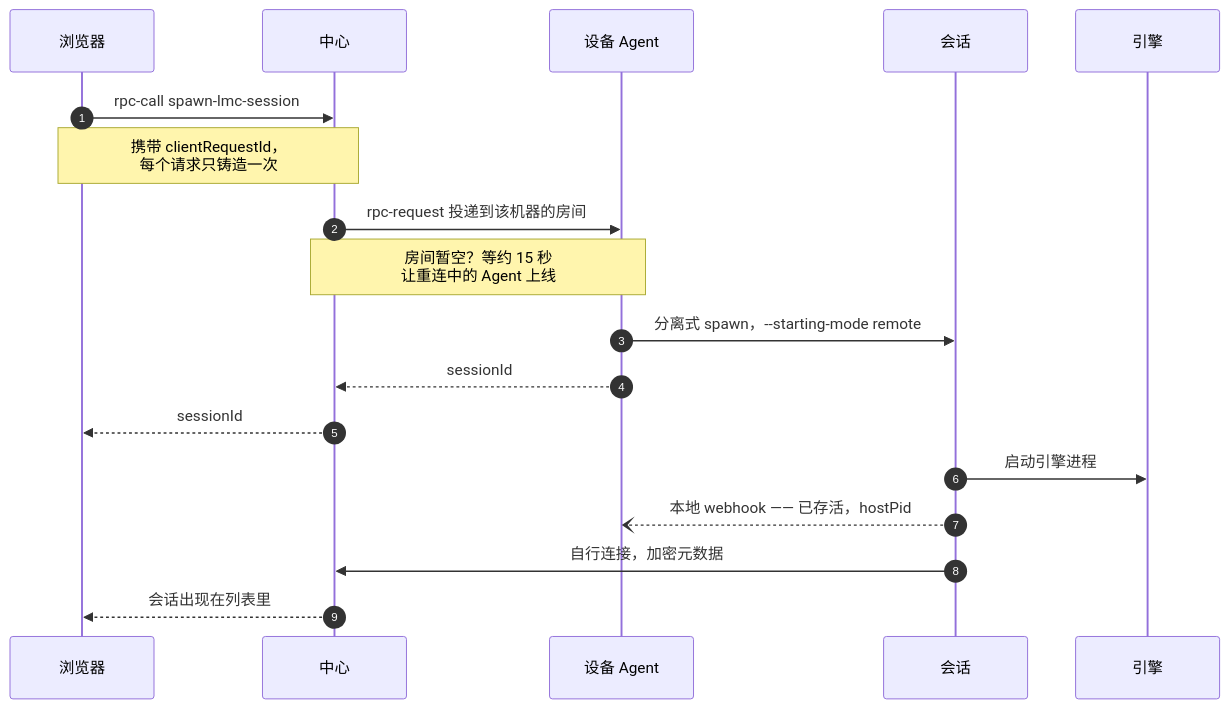
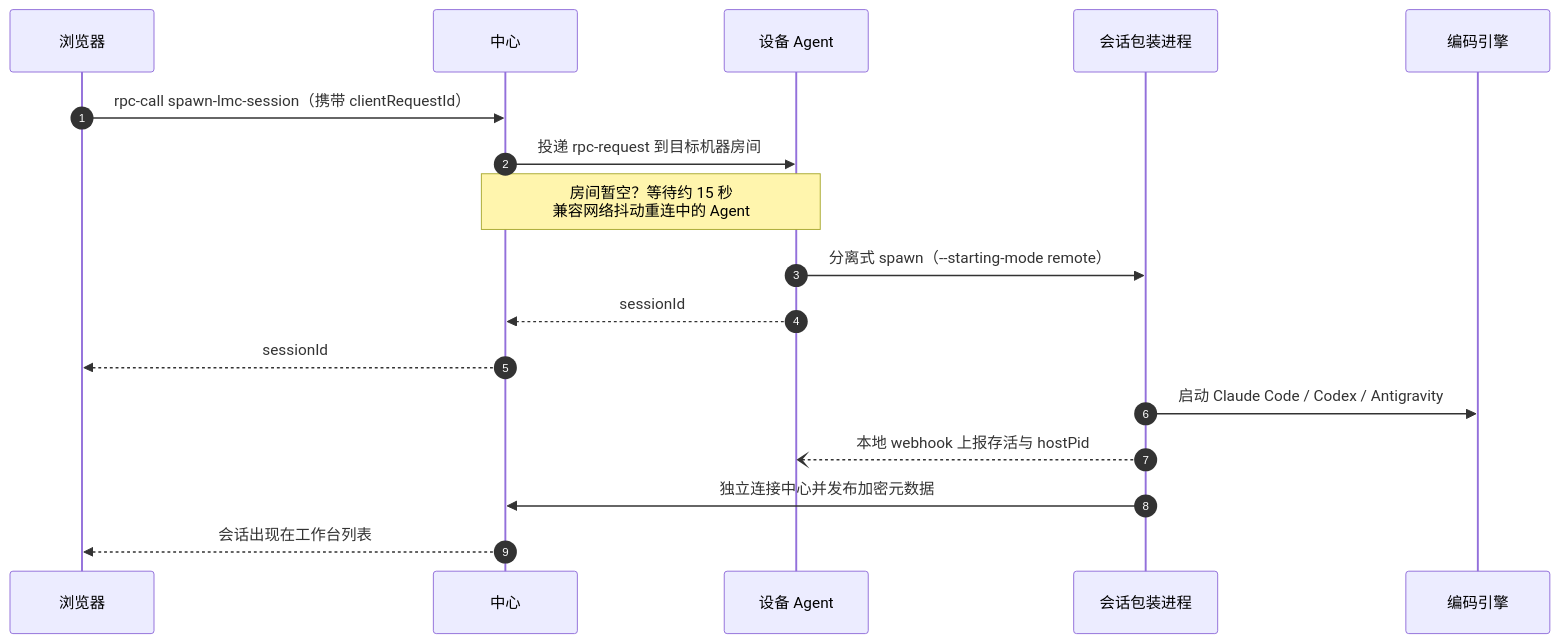
Before and after one commit to MoeAisaka/lmc-workspace: the second of 3 diagrams in README.zh-CN.md, drawn with Mermaid. The commit also changed other lines of this file and 4 other files, not shown here.

````diff
--- a/README.zh-CN.md
+++ b/README.zh-CN.md
@@ -75,21 +69,20 @@
 ```mermaid
 sequenceDiagram
     autonumber
     participant B as 浏览器
     participant C as 中心
     participant D as 设备 Agent
-    participant S as 会话
-    participant E as 引擎
+    participant S as 会话包装进程
+    participant E as 编码引擎
 
-    B->>C: rpc-call spawn-lmc-session
-    Note over B,C: 携带 clientRequestId，<br/>每个请求只铸造一次
-    C->>D: rpc-request 投递到该机器的房间
-    Note over C,D: 房间暂空？等约 15 秒<br/>让重连中的 Agent 上线
-    D->>S: 分离式 spawn，--starting-mode remote
+    B->>C: rpc-call spawn-lmc-session（携带 clientRequestId）
+    C->>D: 投递 rpc-request 到目标机器房间
+    Note over C,D: 房间暂空？等待约 15 秒<br/>兼容网络抖动重连中的 Agent
+    D->>S: 分离式 spawn（--starting-mode remote）
     D-->>C: sessionId
     C-->>B: sessionId
-    S->>E: 启动引擎进程
-    S--)D: 本地 webhook —— 已存活，hostPid
-    S->>C: 自行连接，加密元数据
-    C-->>B: 会话出现在列表里
+    S->>E: 启动 Claude Code / Codex / Antigravity
+    S--)D: 本地 webhook 上报存活与 hostPid
+    S->>C: 独立连接中心并发布加密元数据
+    C-->>B: 会话出现在工作台列表
 ```
````
